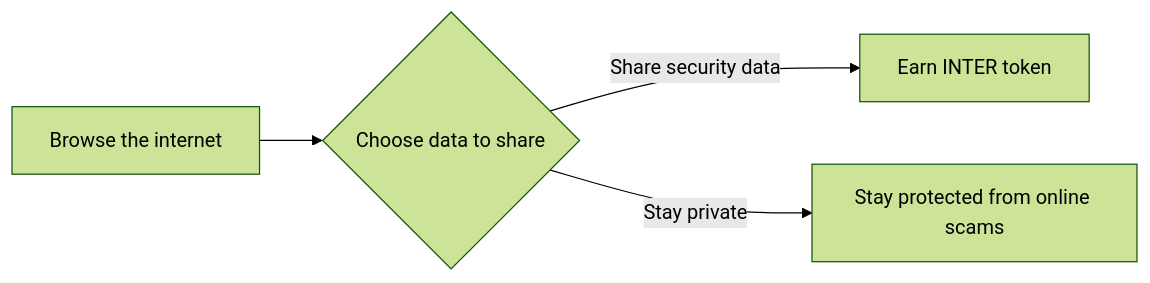
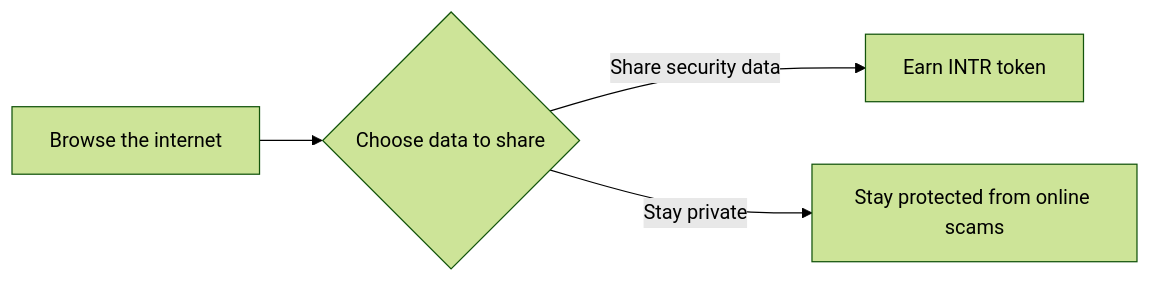
One commit to interlock-network/interlock-docs changed the diagram in README.md. Above: the diagram before and after it, drawn with Mermaid. The commit also changed 2 other files, not shown here.

Commit message:
UpdateInter instances to INTR too

````diff
--- a/README.md
+++ b/README.md
@@ -12,7 +12,7 @@
 ```mermaid
 %%{init: { 'theme': 'forest' } }%%
 graph LR
     A[Browse the internet] --> B{Choose data to share}
-    B -->|Share security data| C[Earn INTER token]
+    B -->|Share security data| C[Earn INTR token]
     B -->|Stay private| D[Stay protected from online scams]
 ```
````
